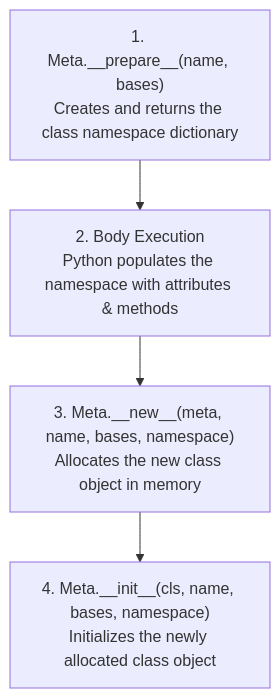
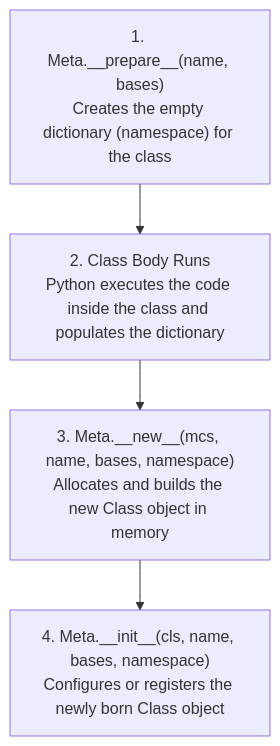
The second of 2 diagrams in content/docs/learn-python/03-advanced/01-metaclasses-and-class-creation.mdx (1345AbhishekKumar/cs-cookbook), drawn with Mermaid before and after one commit. The commit also changed other lines of this file and 124 other files, not shown here.

````diff
--- a/content/docs/learn-python/03-advanced/01-metaclasses-and-class-creation.mdx
+++ b/content/docs/learn-python/03-advanced/01-metaclasses-and-class-creation.mdx
@@ -74,6 +105,6 @@
 ```mermaid
 flowchart TD
-    P1["1. Meta.__prepare__(name, bases)<br/>Creates and returns the class namespace dictionary"] --> P2["2. Body Execution<br/>Python populates the namespace with attributes & methods"]
-    P2 --> P3["3. Meta.__new__(meta, name, bases, namespace)<br/>Allocates the new class object in memory"]
-    P3 --> P4["4. Meta.__init__(cls, name, bases, namespace)<br/>Initializes the newly allocated class object"]
+    P1["1. Meta.__prepare__(name, bases)<br/>Creates the empty dictionary (namespace) for the class"] --> P2["2. Class Body Runs<br/>Python executes the code inside the class and populates the dictionary"]
+    P2 --> P3["3. Meta.__new__(mcs, name, bases, namespace)<br/>Allocates and builds the new Class object in memory"]
+    P3 --> P4["4. Meta.__init__(cls, name, bases, namespace)<br/>Configures or registers the newly born Class object"]
 ```
````
